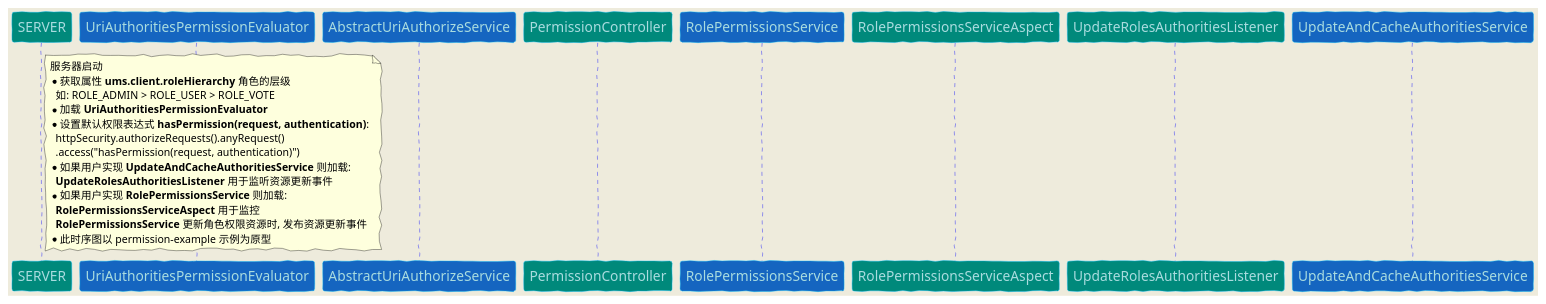
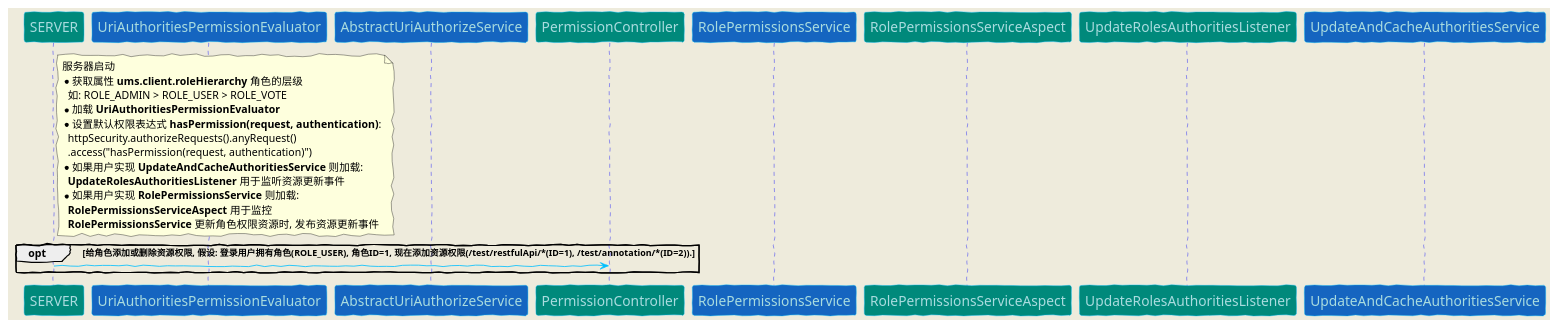
The diagram in doc/puml/permission.puml (ZeroOrInfinity/UMS), drawn with PlantUML before and after one commit. The commit also changed 4 other files, not shown here.

Commit message:
文档: 更新 HttpSecurity 的配置时序图 与 权限流程时序图.

```diff
--- a/doc/puml/permission.puml
+++ b/doc/puml/permission.puml
@@ -1,46 +1,49 @@
 @startuml
 
 skinparam backgroundColor #EEEBDC
 skinparam handwritten true
 skinparam sequence {
 ArrowColor DeepSkyBlue
 ActorBorderColor DeepSkyBlue
 LifeLineBorderColor blue
 LifeLineBackgroundColor #A9DCDF
 ParticipantBorderColor DeepSkyBlue
 ParticipantBackgroundColor #00897b
 ParticipantFontName Impact
 ParticipantFontSize 17
 ParticipantFontColor #A9DCDF
 ActorBackgroundColor aqua
 ActorFontColor DeepSkyBlue
 ActorFontSize 17
 ActorFontName Aapex
 }
 
 participant "SERVER"
 note right SERVER: 服务器启动\n\
 * 获取属性 **ums.client.roleHierarchy** 角色的层级\n\
   如: ROLE_ADMIN > ROLE_USER > ROLE_VOTE\n\
 * 加载 **UriAuthoritiesPermissionEvaluator**\n\
 * 设置默认权限表达式 **hasPermission(request, authentication)**:\n\
   httpSecurity.authorizeRequests().anyRequest()\n\
   .access("hasPermission(request, authentication)")\n\
 * 如果用户实现 **UpdateAndCacheAuthoritiesService** 则加载:\n\
   **UpdateRolesAuthoritiesListener** 用于监听资源更新事件\n\
 * 如果用户实现 **RolePermissionsService** 则加载:\n\
   **RolePermissionsServiceAspect** 用于监控\n\
-  **RolePermissionsService** 更新角色权限资源时, 发布资源更新事件\n\
-* 此时序图以 permission-example 示例为原型
+  **RolePermissionsService** 更新角色权限资源时, 发布资源更新事件
 
 
 participant "UriAuthoritiesPermissionEvaluator" #1565c0
 participant "AbstractUriAuthorizeService" #1565c0
 participant "PermissionController"
 participant "RolePermissionsService" #1565c0
 participant "RolePermissionsServiceAspect"
 participant "UpdateRolesAuthoritiesListener"
 participant "UpdateAndCacheAuthoritiesService" #1565c0
 
+opt 给角色添加或删除资源权限, 假设: 登录用户拥有角色(ROLE_USER), 角色ID=1, 现在添加资源权限(/test/restfulApi/*(ID=1), /test/annotation/*(ID=2)).
+
+SERVER -> PermissionController:
+end
 
 @enduml
```
